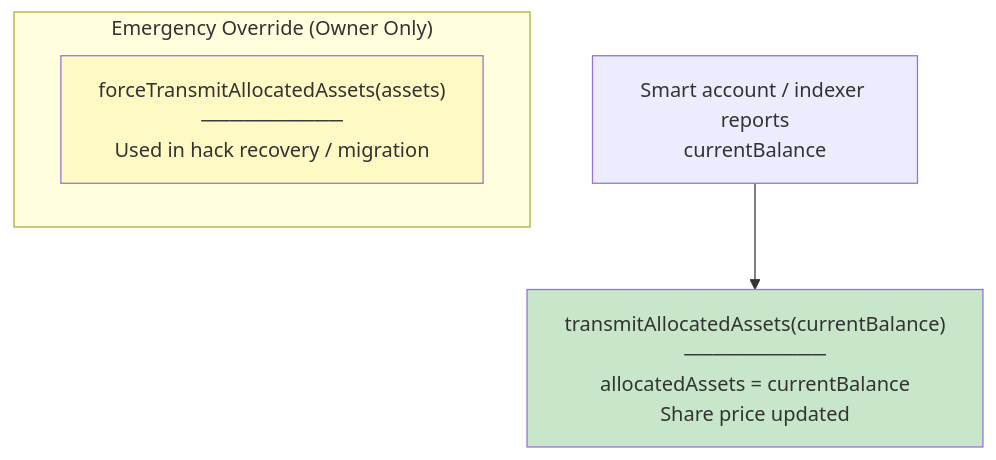
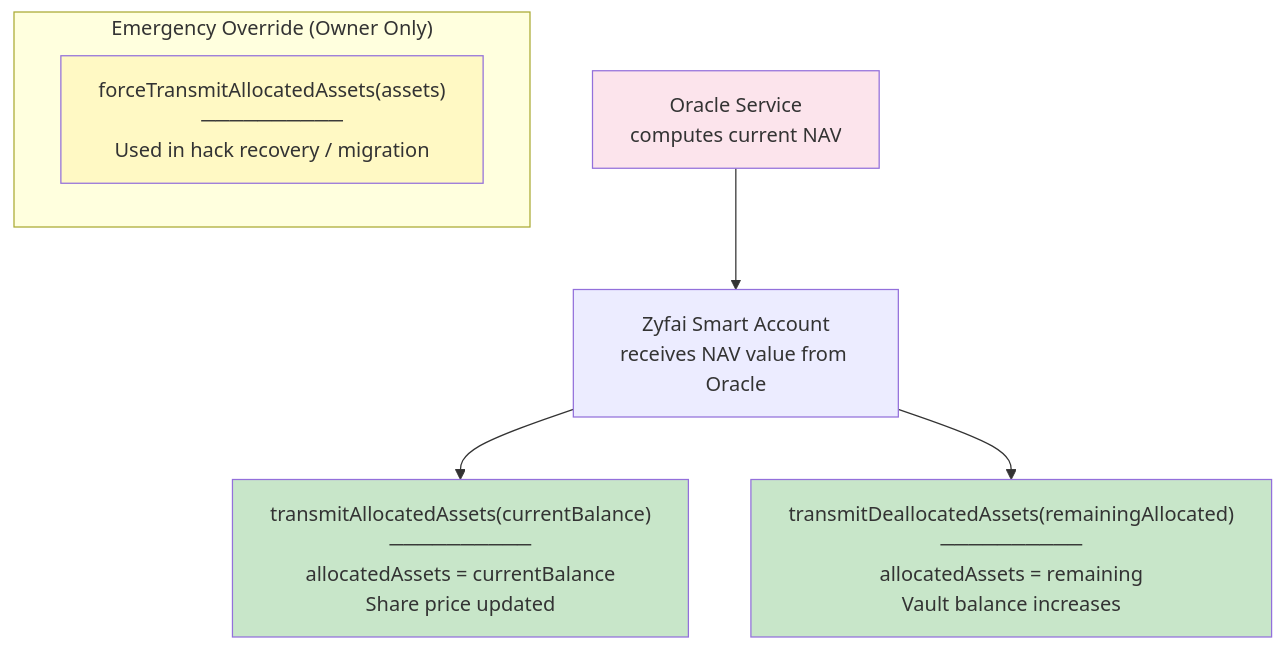
Before and after one commit to ondefy/erc7540-wrapper: the eighth of 10 diagrams in ARCHITECTURE.md, drawn with Mermaid. The commit also changed other lines of this file, not shown here.

Commit message:
fix: new graph

````diff
--- a/ARCHITECTURE.md
+++ b/ARCHITECTURE.md
@@ -316,12 +327,16 @@
 ```mermaid
 flowchart TD
-    SA_REPORT["Smart account / indexer reports<br/>currentBalance"]
+    ORACLE["Oracle Service<br/>computes current NAV"]
+    ORACLE --> SA_REPORT["Zyfai Smart Account<br/>receives NAV value from Oracle"]
     SA_REPORT --> UPDATE["transmitAllocatedAssets(currentBalance)<br/>──────────<br/>allocatedAssets = currentBalance<br/>Share price updated"]
+    SA_REPORT --> DEALLOC["transmitDeallocatedAssets(remainingAllocated)<br/>──────────<br/>allocatedAssets = remaining<br/>Vault balance increases"]
 
     subgraph "Emergency Override (Owner Only)"
         FORCE["forceTransmitAllocatedAssets(assets)<br/>──────────<br/>Used in hack recovery / migration"]
     end
 
+    style ORACLE fill:#fce4ec
     style UPDATE fill:#c8e6c9
+    style DEALLOC fill:#c8e6c9
     style FORCE fill:#fff9c4
 ```
````
